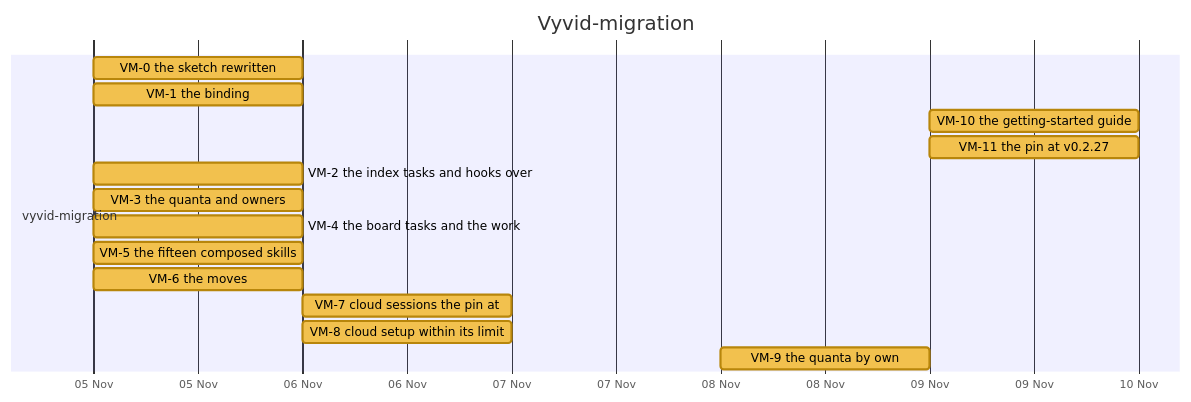
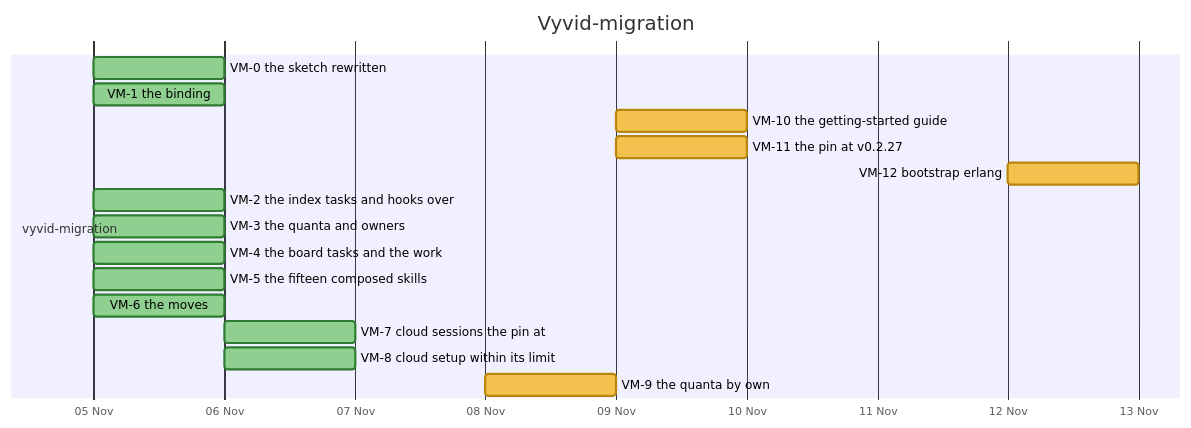
One commit to nebularis/lattice changed diagram 18 of 32 in docs/developer/ROADMAP.md. Above: the diagram before and after it, drawn with Mermaid. The commit also changed other lines of this file, not shown here.

First line of the commit message:
[studio-visual-authoring] Refresh the roadmap's generated sections after SVA-P1a

````diff
--- a/docs/developer/ROADMAP.md
+++ b/docs/developer/ROADMAP.md
@@ -475,20 +529,21 @@
 ```mermaid
 %%{init: {"themeVariables": {"taskBkgColor": "#f2c14e", "taskBorderColor": "#b8860b", "taskTextColor": "#000000", "activeTaskBkgColor": "#4e9af1", "activeTaskBorderColor": "#1f5fbf", "activeTaskBorderColor": "#1f5fbf", "doneTaskBkgColor": "#8fcf8f", "doneTaskBorderColor": "#2f7d32", "critBkgColor": "#f28b82", "critBorderColor": "#b23a30", "taskTextDarkColor": "#000000", "taskTextLightColor": "#000000"}}}%%
 gantt
     title Vyvid-migration
     dateFormat YYYY-MM-DD
     axisFormat %d %b
     section vyvid-migration
-    VM-0 the sketch rewritten :vm0, 2026-11-05, 2026-11-06
-    VM-1 the binding :vm1, 2026-11-05, 2026-11-06
+    VM-0 the sketch rewritten :done, vm0, 2026-11-05, 2026-11-06
+    VM-1 the binding :done, vm1, 2026-11-05, 2026-11-06
     VM-10 the getting-started guide :vm10, 2026-11-09, 2026-11-10
     VM-11 the pin at v0.2.27 :vm11, 2026-11-09, 2026-11-10
-    VM-2 the index tasks and hooks over :vm2, 2026-11-05, 2026-11-06
-    VM-3 the quanta and owners :vm3, 2026-11-05, 2026-11-06
-    VM-4 the board tasks and the work :vm4, 2026-11-05, 2026-11-06
-    VM-5 the fifteen composed skills :vm5, 2026-11-05, 2026-11-06
-    VM-6 the moves :vm6, 2026-11-05, 2026-11-06
-    VM-7 cloud sessions the pin at :vm7, 2026-11-06, 2026-11-07
-    VM-8 cloud setup within its limit :vm8, 2026-11-06, 2026-11-07
+    VM-12 bootstrap erlang :vm12, 2026-11-12, 2026-11-13
+    VM-2 the index tasks and hooks over :done, vm2, 2026-11-05, 2026-11-06
+    VM-3 the quanta and owners :done, vm3, 2026-11-05, 2026-11-06
+    VM-4 the board tasks and the work :done, vm4, 2026-11-05, 2026-11-06
+    VM-5 the fifteen composed skills :done, vm5, 2026-11-05, 2026-11-06
+    VM-6 the moves :done, vm6, 2026-11-05, 2026-11-06
+    VM-7 cloud sessions the pin at :done, vm7, 2026-11-06, 2026-11-07
+    VM-8 cloud setup within its limit :done, vm8, 2026-11-06, 2026-11-07
     VM-9 the quanta by own :vm9, 2026-11-08, 2026-11-09
 ```
````
